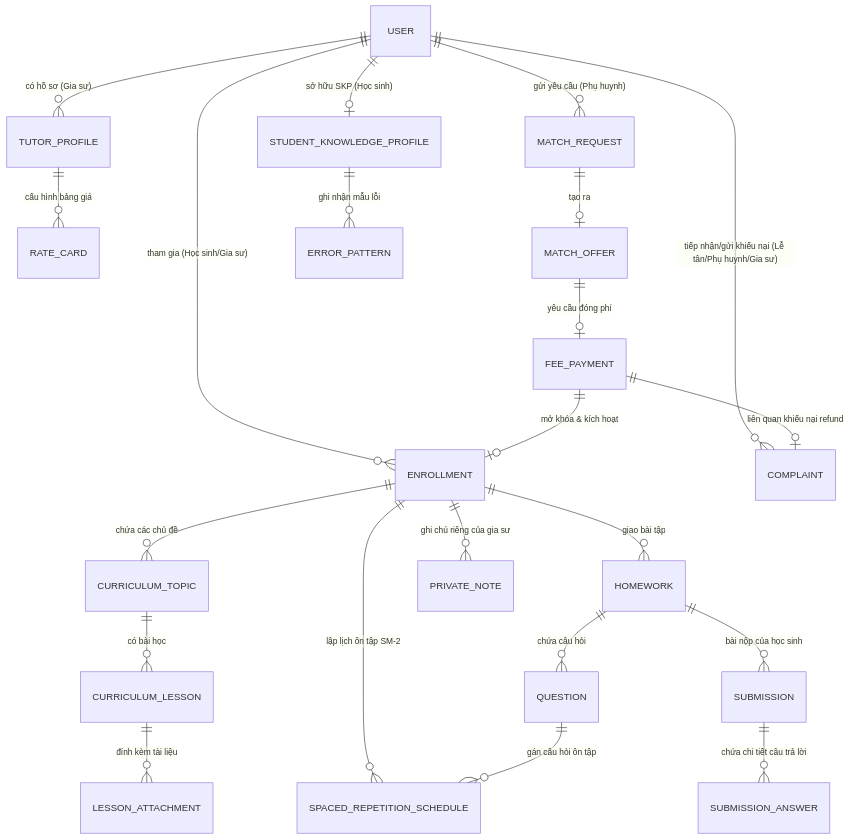
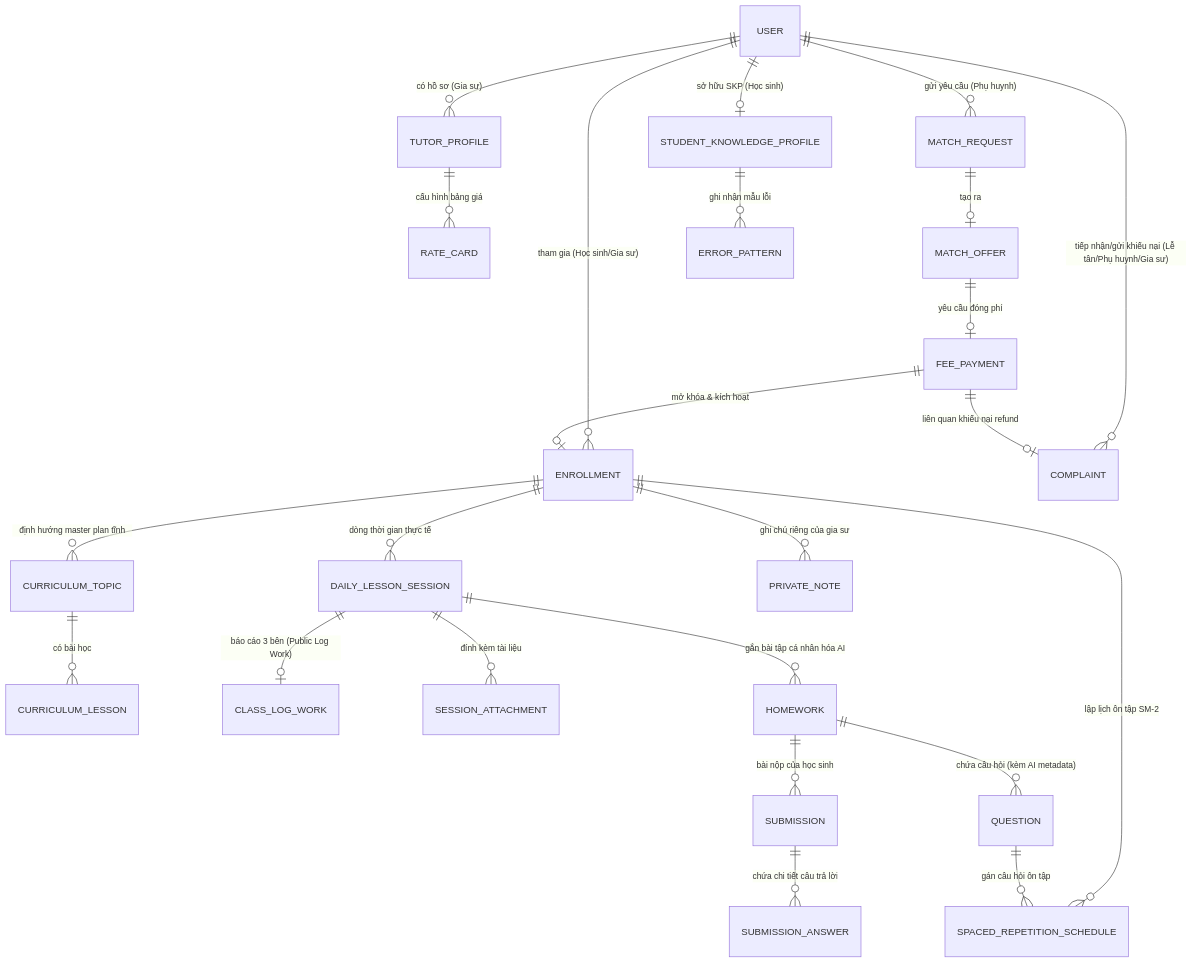
The third of 3 diagrams in _bmad-output/planning-artifacts/architecture/architecture-final_project-2026-09-07/ARCHITECTURE-SPINE.md (quangnguyenviet/English-tutor-platform-final-project-2026), drawn with Mermaid before and after one commit. The commit also changed other lines of this file and 6 other files, not shown here.

Commit message:
feat(docs): update product brief, prd, and architecture spine for daily lesson sessions & AI split-screen workspace

````diff
--- a/_bmad-output/planning-artifacts/architecture/architecture-final_project-2026-09-07/ARCHITECTURE-SPINE.md
+++ b/_bmad-output/planning-artifacts/architecture/architecture-final_project-2026-09-07/ARCHITECTURE-SPINE.md
@@ -241,28 +260,31 @@
 ```mermaid
 erDiagram
     USER ||--o{ MATCH_REQUEST : "gửi yêu cầu (Phụ huynh)"
     USER ||--o{ TUTOR_PROFILE : "có hồ sơ (Gia sư)"
     USER ||--o{ ENROLLMENT : "tham gia (Học sinh/Gia sư)"
     USER ||--o{ COMPLAINT : "tiếp nhận/gửi khiếu nại (Lễ tân/Phụ huynh/Gia sư)"
     
     TUTOR_PROFILE ||--o{ RATE_CARD : "cấu hình bảng giá"
     MATCH_REQUEST ||--o| MATCH_OFFER : "tạo ra"
     MATCH_OFFER ||--o| FEE_PAYMENT : "yêu cầu đóng phí"
     FEE_PAYMENT ||--o| ENROLLMENT : "mở khóa & kích hoạt"
     FEE_PAYMENT ||--o| COMPLAINT : "liên quan khiếu nại refund"
     
-    ENROLLMENT ||--o{ CURRICULUM_TOPIC : "chứa các chủ đề"
+    ENROLLMENT ||--o{ CURRICULUM_TOPIC : "định hướng master plan tĩnh"
     CURRICULUM_TOPIC ||--o{ CURRICULUM_LESSON : "có bài học"
-    CURRICULUM_LESSON ||--o{ LESSON_ATTACHMENT : "đính kèm tài liệu"
     
-    ENROLLMENT ||--o{ HOMEWORK : "giao bài tập"
-    HOMEWORK ||--o{ QUESTION : "chứa câu hỏi"
+    ENROLLMENT ||--o{ DAILY_LESSON_SESSION : "dòng thời gian thực tế"
+    DAILY_LESSON_SESSION ||--o| CLASS_LOG_WORK : "báo cáo 3 bên (Public Log Work)"
+    DAILY_LESSON_SESSION ||--o{ SESSION_ATTACHMENT : "đính kèm tài liệu"
+    DAILY_LESSON_SESSION ||--o{ HOMEWORK : "gắn bài tập cá nhân hóa AI"
+    
+    HOMEWORK ||--o{ QUESTION : "chứa câu hỏi (kèm AI metadata)"
     HOMEWORK ||--o{ SUBMISSION : "bài nộp của học sinh"
     SUBMISSION ||--o{ SUBMISSION_ANSWER : "chứa chi tiết câu trả lời"
     ENROLLMENT ||--o{ PRIVATE_NOTE : "ghi chú riêng của gia sư"
 
     USER ||--o| STUDENT_KNOWLEDGE_PROFILE : "sở hữu SKP (Học sinh)"
     STUDENT_KNOWLEDGE_PROFILE ||--o{ ERROR_PATTERN : "ghi nhận mẫu lỗi"
     ENROLLMENT ||--o{ SPACED_REPETITION_SCHEDULE : "lập lịch ôn tập SM-2"
     QUESTION ||--o{ SPACED_REPETITION_SCHEDULE : "gán câu hỏi ôn tập"
 ```
````
